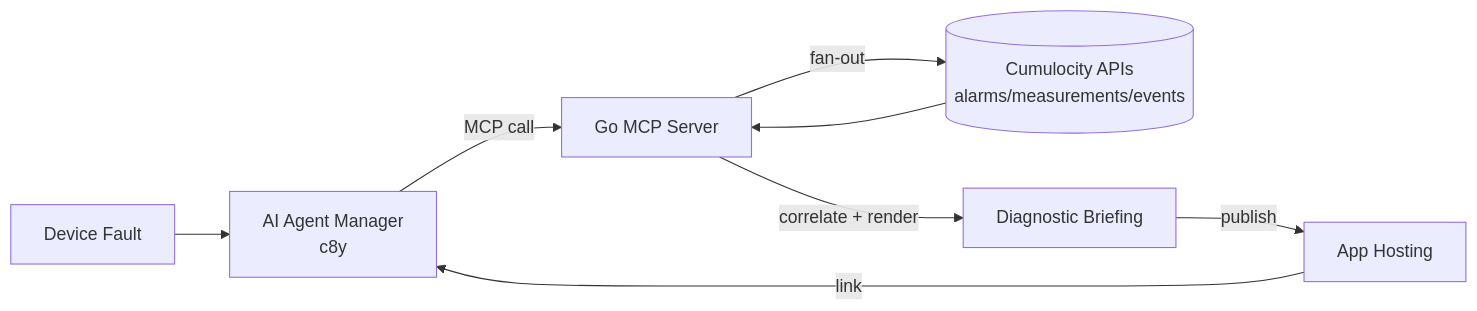
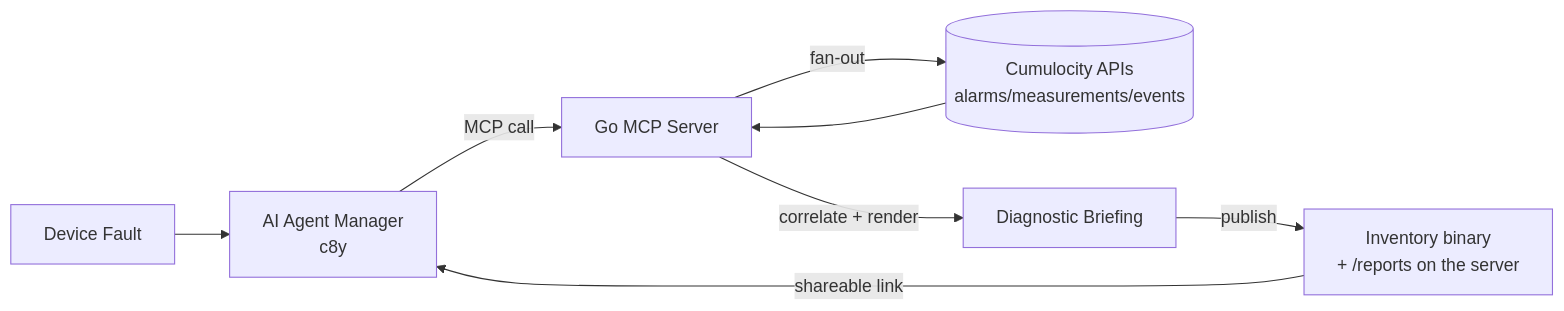
Before and after one commit to skowalak/c8y-aiot-hackathon-two-day-orange: the diagram in README.md, drawn with Mermaid. The commit also changed other lines of this file and 24 other files, not shown here.

````diff
--- a/README.md
+++ b/README.md
@@ -23,10 +23,10 @@
 ```mermaid
 flowchart LR
     D[Device Fault] --> AAM[AI Agent Manager<br/>c8y]
     AAM -->|MCP call| MCP[Go MCP Server]
     MCP -->|fan-out| C8Y[(Cumulocity APIs<br/>alarms/measurements/events)]
     C8Y --> MCP
     MCP -->|correlate + render| Report[Diagnostic Briefing]
-    Report -->|publish| Hosting[App Hosting]
-    Hosting -->|link| AAM
+    Report -->|publish| Hosting[Inventory binary<br/>+ /reports on the server]
+    Hosting -->|shareable link| AAM
 ```
````
